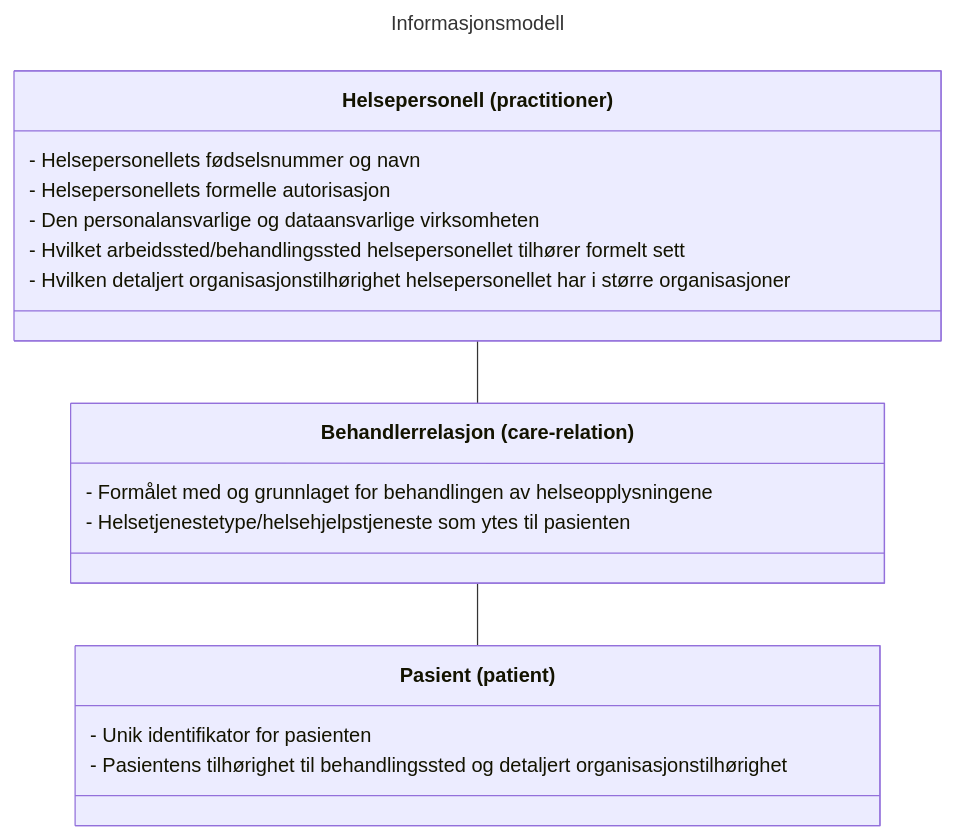
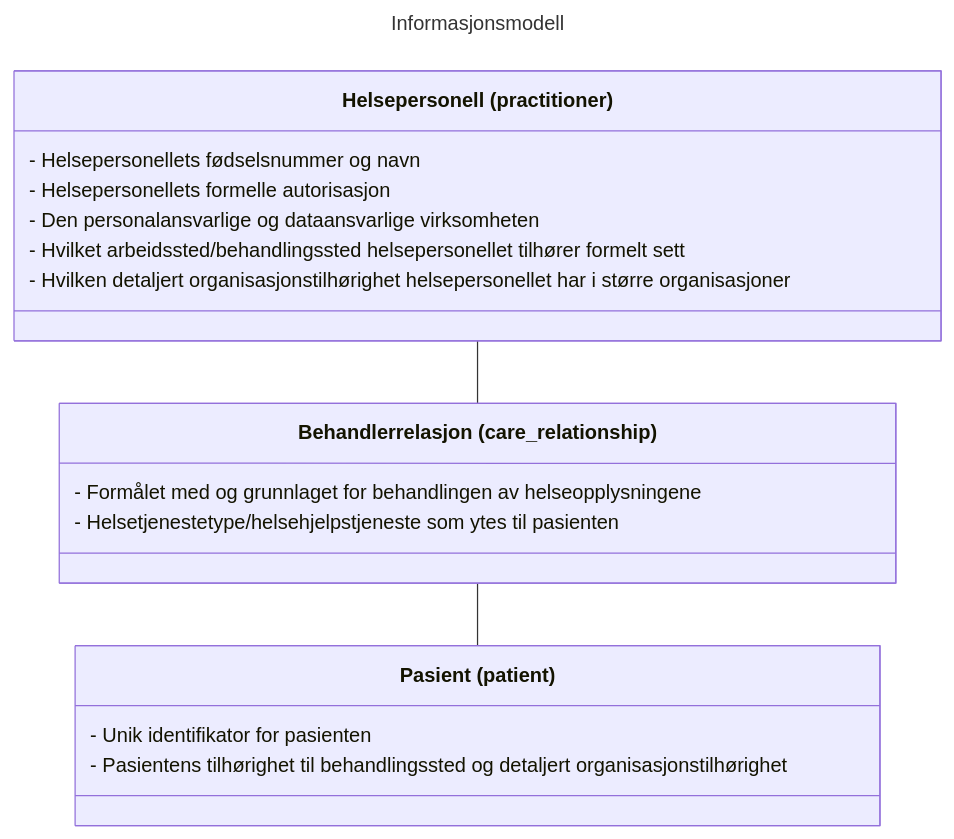
The first of 3 diagrams in specs/informasjons_og_datamodell.md (NorskHelsenett/Tillitsrammeverk), drawn with Mermaid before and after one commit. The commit also changed other lines of this file and 1 other file, not shown here.

First line of the commit message:
Korrigere `care_relation` til `care_relationship`

````diff
--- a/specs/informasjons_og_datamodell.md
+++ b/specs/informasjons_og_datamodell.md
@@ -147,27 +147,27 @@
 ```mermaid
 ---
 title: Informasjonsmodell
 ---
 classDiagram
-	Practitioner -- CareRelation
-	CareRelation -- Patient
+	Practitioner -- CareRelationship
+	CareRelationship -- Patient
 
     class Practitioner["Helsepersonell (practitioner)"] {
 		- Helsepersonellets fødselsnummer og navn
 		- Helsepersonellets formelle autorisasjon
 		- Den personalansvarlige og dataansvarlige virksomheten
 		- Hvilket arbeidssted/behandlingssted helsepersonellet tilhører formelt sett
 		- Hvilken detaljert organisasjonstilhørighet helsepersonellet har i større organisasjoner
     }
 
-    class CareRelation["Behandlerrelasjon (care-relation)"] {
+    class CareRelationship["Behandlerrelasjon (care_relationship)"] {
 		- Formålet med og grunnlaget for behandlingen av helseopplysningene
 		- Helsetjenestetype/helsehjelpstjeneste som ytes til pasienten
     }
 
     class Patient["Pasient (patient)"] {
 		- Unik identifikator for pasienten
 		- Pasientens tilhørighet til behandlingssted og detaljert organisasjonstilhørighet
     }
 
 ```
````
